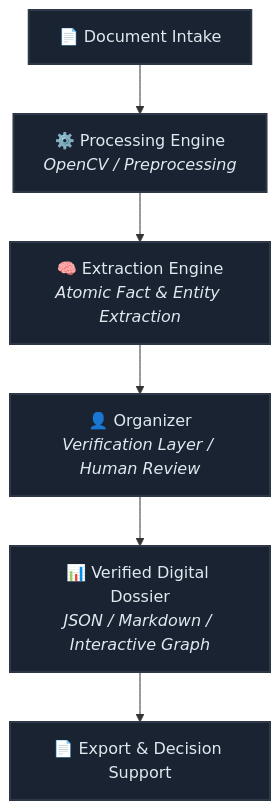
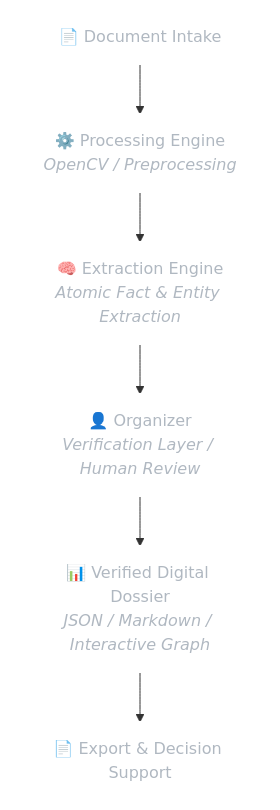
One commit to SABIR-VAULT/sabirvault-docs changed the diagram in README.md. Above: the diagram before and after it, drawn with Mermaid. The commit also changed other lines of this file, not shown here.

````diff
--- a/README.md
+++ b/README.md
@@ -82,15 +82,15 @@
 ```mermaid
 flowchart TD
     A[📄 Document Intake] --> B[⚙️ Processing Engine<br/><i>OpenCV / Preprocessing</i>]
     B --> C[🧠 Extraction Engine<br/><i>Atomic Fact & Entity Extraction</i>]
     C --> D[👤 Organizer<br/><i>Verification Layer / Human Review</i>]
     D --> E[📊 Verified Digital Dossier<br/><i>JSON / Markdown / Interactive Graph</i>]
     E --> F[📄 Export & Decision Support]
 
-    style A fill:#1a2332,stroke:#2d3748,stroke-width:2px,color:#e2e8f0
-    style B fill:#1a2332,stroke:#2d3748,stroke-width:2px,color:#e2e8f0
-    style C fill:#1a2332,stroke:#2d3748,stroke-width:2px,color:#e2e8f0
-    style D fill:#1a2332,stroke:#2d3748,stroke-width:2px,color:#e2e8f0
-    style E fill:#1a2332,stroke:#2d3748,stroke-width:2px,color:#e2e8f0
-    style F fill:#1a2332,stroke:#2d3748,stroke-width:2px,color:#e2e8f0
+    style A fill:none,stroke:#ffffff,stroke-width:2px,color:#b0b8c1
+    style B fill:none,stroke:#ffffff,stroke-width:2px,color:#b0b8c1
+    style C fill:none,stroke:#ffffff,stroke-width:2px,color:#b0b8c1
+    style D fill:none,stroke:#ffffff,stroke-width:2px,color:#b0b8c1
+    style E fill:none,stroke:#ffffff,stroke-width:2px,color:#b0b8c1
+    style F fill:none,stroke:#ffffff,stroke-width:2px,color:#b0b8c1
 ```
````
